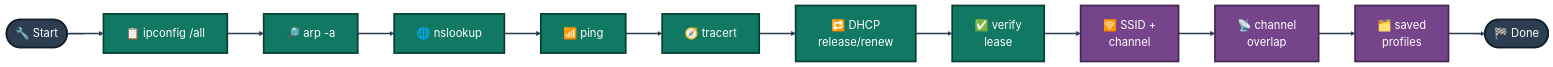
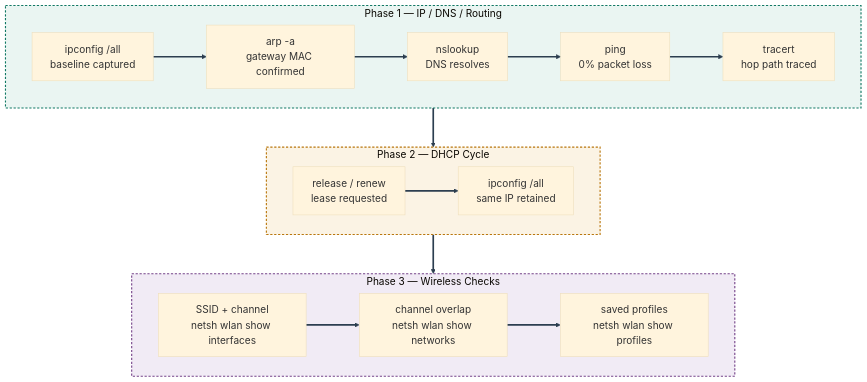
The second of 2 diagrams in 03-IT-Support-Troubleshooting/05-LAN-WiFi-Connectivity-Diagnostics/README.md (malaika-azhar/Cisco-Networking-Lab-Portfolio), drawn with Mermaid before and after one commit. The commit also changed other lines of this file, not shown here.

````diff
--- a/03-IT-Support-Troubleshooting/05-LAN-WiFi-Connectivity-Diagnostics/README.md
+++ b/03-IT-Support-Troubleshooting/05-LAN-WiFi-Connectivity-Diagnostics/README.md
@@ -145,19 +145,31 @@
 ```mermaid
-%%{init: {'theme': 'base', 'themeVariables': {'fontSize': '20px'}, 'flowchart': {'nodeSpacing': 45, 'rankSpacing': 65, 'padding': 20, 'useMaxWidth': false}}}%%
-flowchart LR
-    START(["🔧 Start"]):::endpoint --> I1["📋 ipconfig /all"]:::step
-    I1 --> I2["🔎 arp -a"]:::step
-    I2 --> I3["🌐 nslookup"]:::step
-    I3 --> I4["📶 ping"]:::step
-    I4 --> I5["🧭 tracert"]:::step
-    I5 --> W1["🔁 DHCP<br/>release/renew"]:::step
-    W1 --> W2["✅ verify<br/>lease"]:::step
-    W2 --> W3["🛜 SSID +<br/>channel"]:::wifi
-    W3 --> W4["📡 channel<br/>overlap"]:::wifi
-    W4 --> W5["🗂️ saved<br/>profiles"]:::wifi
-    W5 --> DONE(["🏁 Done"]):::endpoint
-    classDef endpoint fill:#2C3E50,stroke:#16202A,stroke-width:3px,color:#FFFFFF
-    classDef step fill:#117864,stroke:#083D33,stroke-width:3px,color:#FFFFFF
-    classDef wifi fill:#76448A,stroke:#432752,stroke-width:3px,color:#FFFFFF
+%%{init: {'theme': 'base', 'themeVariables': {'fontSize': '18px'}, 'flowchart': {'nodeSpacing': 50, 'rankSpacing': 70, 'padding': 16, 'useMaxWidth': false}}}%%
+flowchart TB
+    subgraph IPCHECK["Phase 1 — IP / DNS / Routing"]
+        direction LR
+        I1["ipconfig /all<br/>baseline captured"]
+        I2["arp -a<br/>gateway MAC confirmed"]
+        I3["nslookup<br/>DNS resolves"]
+        I4["ping<br/>0% packet loss"]
+        I5["tracert<br/>hop path traced"]
+        I1 --> I2 --> I3 --> I4 --> I5
+    end
+    subgraph DHCPCYCLE["Phase 2 — DHCP Cycle"]
+        direction LR
+        D1["release / renew<br/>lease requested"]
+        D2["ipconfig /all<br/>same IP retained"]
+        D1 --> D2
+    end
+    subgraph WIFI["Phase 3 — Wireless Checks"]
+        direction LR
+        W1["SSID + channel<br/>netsh wlan show interfaces"]
+        W2["channel overlap<br/>netsh wlan show networks"]
+        W3["saved profiles<br/>netsh wlan show profiles"]
+        W1 --> W2 --> W3
+    end
+    IPCHECK --> DHCPCYCLE --> WIFI
+    style IPCHECK fill:#EAF5F2,stroke:#117864,stroke-width:2px,stroke-dasharray:4 3
+    style DHCPCYCLE fill:#FBF3E4,stroke:#B9770E,stroke-width:2px,stroke-dasharray:4 3
+    style WIFI fill:#F1EBF5,stroke:#76448A,stroke-width:2px,stroke-dasharray:4 3
     linkStyle default stroke:#2C3E50,stroke-width:3px
 ```
````
